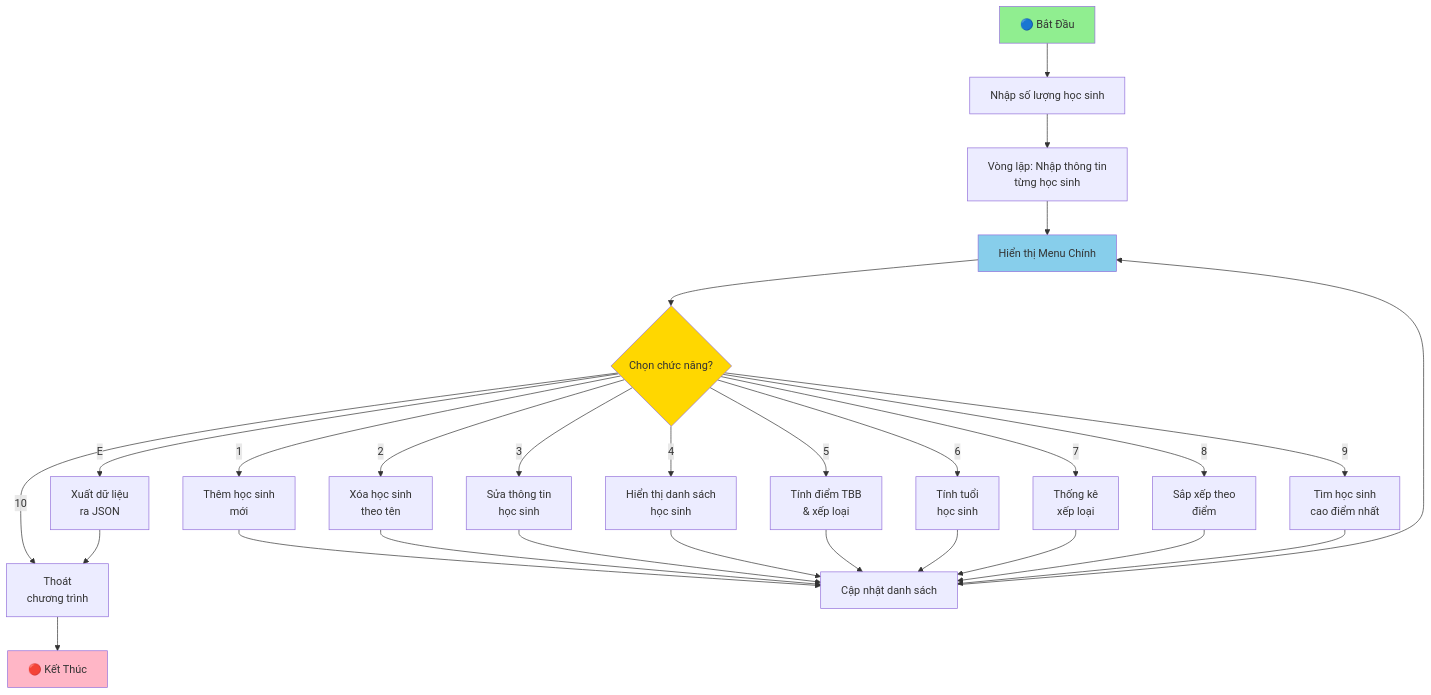
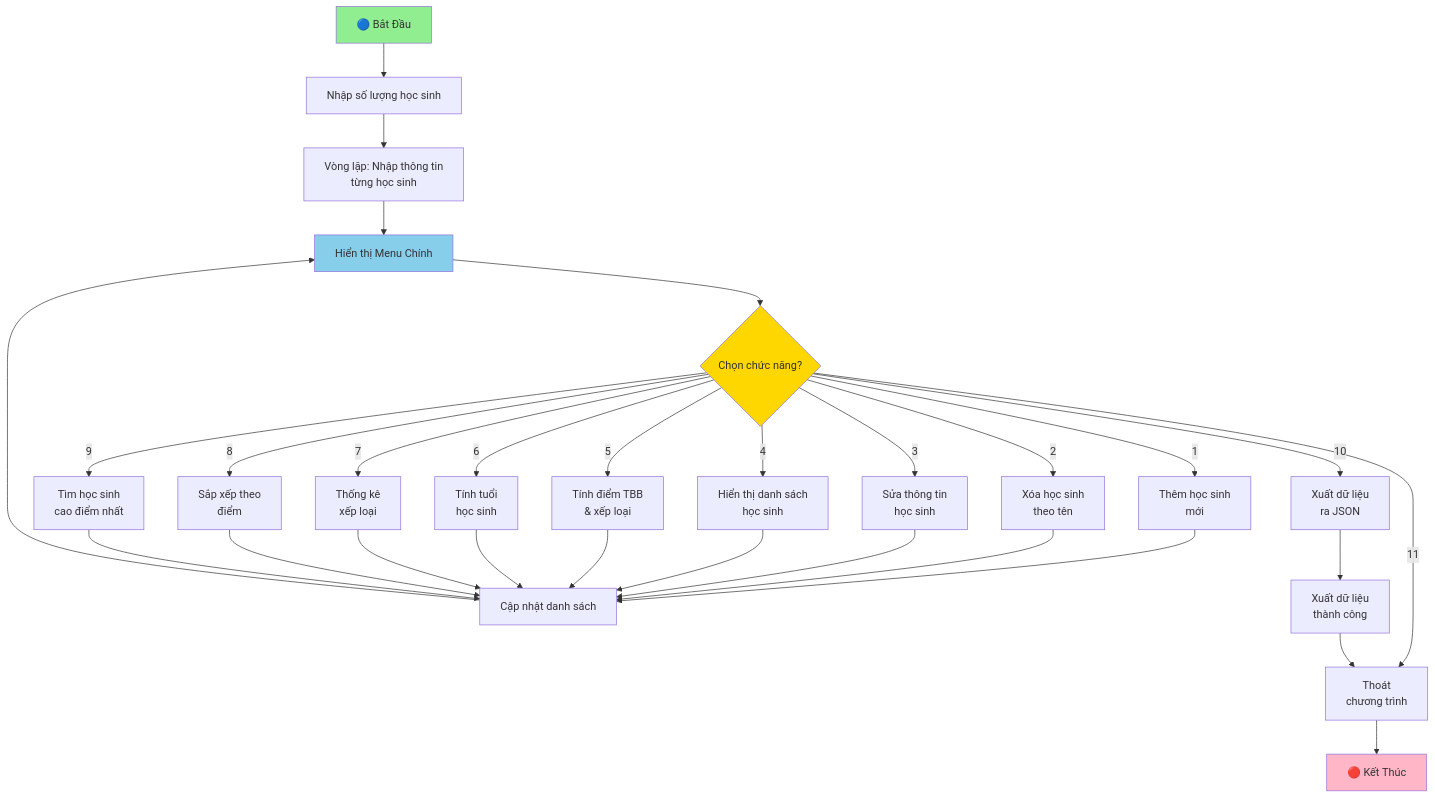
One commit to lacrangggg/Python_class changed the diagram in readme.md. Above: the diagram before and after it, drawn with Mermaid. The commit also changed other lines of this file and 1 other file, not shown here.

````diff
--- a/readme.md
+++ b/readme.md
@@ -11,38 +11,39 @@
 ```mermaid
 flowchart TD
     A["🔵 Bắt Đầu"] --> B["Nhập số lượng học sinh"]
     B --> C["Vòng lặp: Nhập thông tin<br/>từng học sinh"]
     C --> D["Hiển thị Menu Chính"]
     D --> E{Chọn chức năng?}
     
     E -->|1| F["Thêm học sinh<br/>mới"]
     E -->|2| G["Xóa học sinh<br/>theo tên"]
     E -->|3| H["Sửa thông tin<br/>học sinh"]
     E -->|4| I["Hiển thị danh sách<br/>học sinh"]
     E -->|5| J["Tính điểm TBB<br/>& xếp loại"]
     E -->|6| K["Tính tuổi<br/>học sinh"]
     E -->|7| L["Thống kê<br/>xếp loại"]
     E -->|8| M["Sắp xếp theo<br/>điểm"]
     E -->|9| N["Tìm học sinh<br/>cao điểm nhất"]
-    E -->|E| O["Xuất dữ liệu<br/>ra JSON"]
-    E -->|10| P["Thoát<br/>chương trình"]
+    E -->|10| O["Xuất dữ liệu<br/>ra JSON"]
+    E -->|11| P["Thoát<br/>chương trình"]
     
     F --> Q["Cập nhật danh sách"]
     G --> Q
     H --> Q
     I --> Q
     J --> Q
     K --> Q
     L --> Q
     M --> Q
     N --> Q
-    O --> P
+    O --> R["Xuất dữ liệu<br/>thành công"]
     
     Q --> D
-    P --> R["🔴 Kết Thúc"]
+    R --> P
+    P --> S["🔴 Kết Thúc"]
     
     style A fill:#90EE90
-    style R fill:#FFB6C6
+    style S fill:#FFB6C6
     style D fill:#87CEEB
     style E fill:#FFD700
 ```
````
